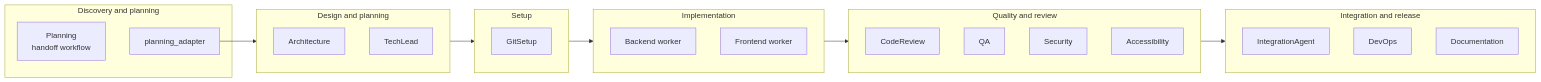
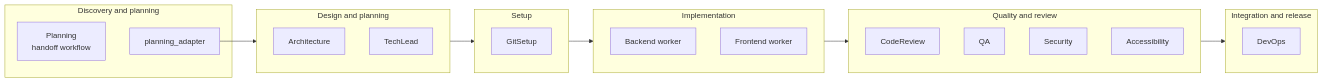
The first of 3 diagrams in backend/agents/software_engineering_team/README.md (brandonkindred/Khala-Agentic-AI-Teams), drawn with Mermaid before and after one commit. The commit also changed other lines of this file, not shown here.

First line of the commit message:
docs(se-team): remove dead DocumentationAgent/integration_team references

````diff
--- a/backend/agents/software_engineering_team/README.md
+++ b/backend/agents/software_engineering_team/README.md
@@ -98,40 +96,38 @@
 ```mermaid
 flowchart LR
   subgraph discovery [Discovery and planning]
     Planning[Planning\nhandoff workflow]
     Adapter[planning_adapter]
   end
 
   subgraph design [Design and planning]
     Architecture
     TechLead
   end
 
   subgraph setup [Setup]
     GitSetup
   end
 
   subgraph implementation [Implementation]
     Backend[Backend worker]
     Frontend[Frontend worker]
   end
 
   subgraph quality [Quality and review]
     CodeReview
     QA
     Security
     Accessibility
   end
 
   subgraph integration [Integration and release]
-    IntegrationAgent
     DevOps
-    Documentation
   end
 
   discovery --> Adapter --> design
   design --> setup
   setup --> implementation
   implementation --> quality
   quality --> integration
 ```
````
